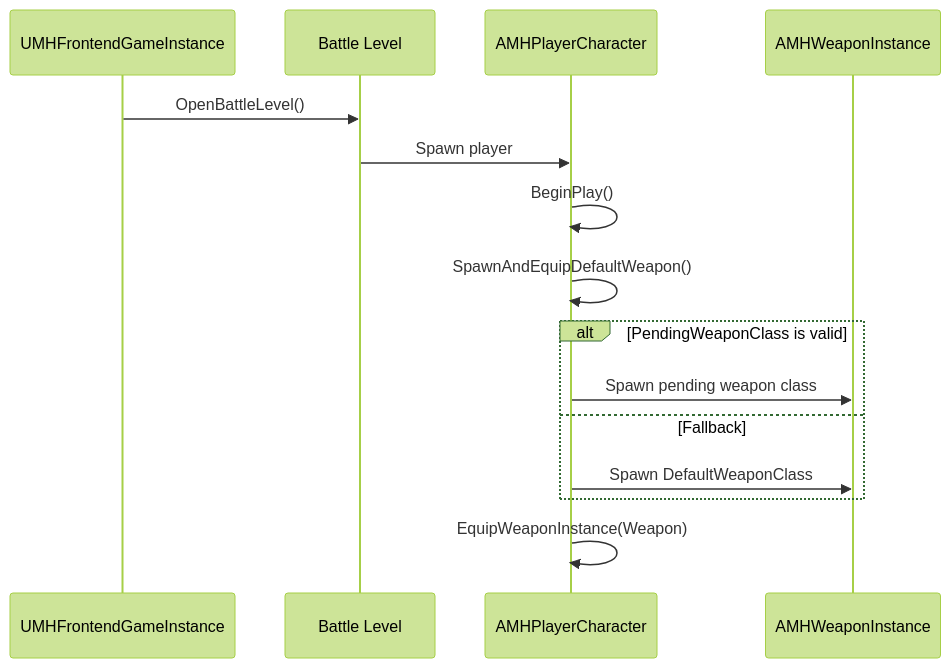
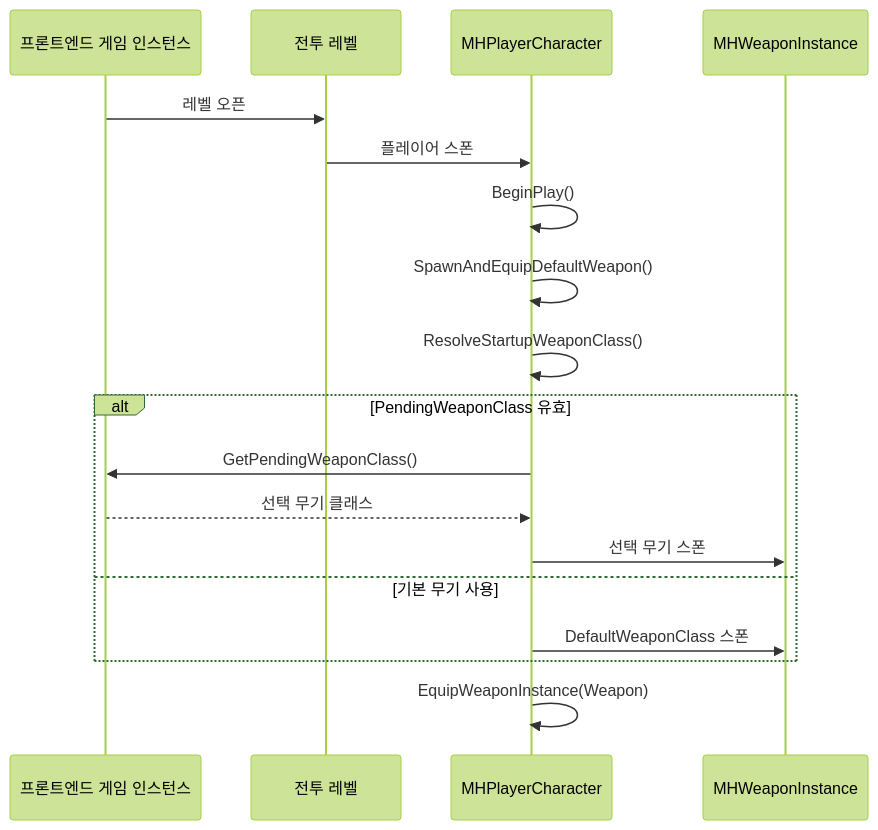
The fifth of 7 diagrams in Docs/Frontend_Menu_Loading_UML.md (Username-YMIR/ProjectMHW), drawn with Mermaid (forest theme) before and after one commit. The commit also changed other lines of this file and 13 other files, not shown here.

````diff
--- a/Docs/Frontend_Menu_Loading_UML.md
+++ b/Docs/Frontend_Menu_Loading_UML.md
@@ -130,18 +181,23 @@
 ```mermaid
 sequenceDiagram
-    participant GI as UMHFrontendGameInstance
-    participant World as Battle Level
-    participant Player as AMHPlayerCharacter
-    participant Weapon as AMHWeaponInstance
+    participant GI as 프론트엔드 게임 인스턴스
+    participant World as 전투 레벨
+    participant Player as MHPlayerCharacter
+    participant Weapon as MHWeaponInstance
 
-    GI->>World: OpenBattleLevel()
-    World->>Player: Spawn player
+    GI->>World: 레벨 오픈
+    World->>Player: 플레이어 스폰
     Player->>Player: BeginPlay()
     Player->>Player: SpawnAndEquipDefaultWeapon()
-    alt PendingWeaponClass is valid
-        Player->>Weapon: Spawn pending weapon class
-    else Fallback
-        Player->>Weapon: Spawn DefaultWeaponClass
+    Player->>Player: ResolveStartupWeaponClass()
+
+    alt PendingWeaponClass 유효
+        Player->>GI: GetPendingWeaponClass()
+        GI-->>Player: 선택 무기 클래스
+        Player->>Weapon: 선택 무기 스폰
+    else 기본 무기 사용
+        Player->>Weapon: DefaultWeaponClass 스폰
     end
+
     Player->>Player: EquipWeaponInstance(Weapon)
 ```
````
